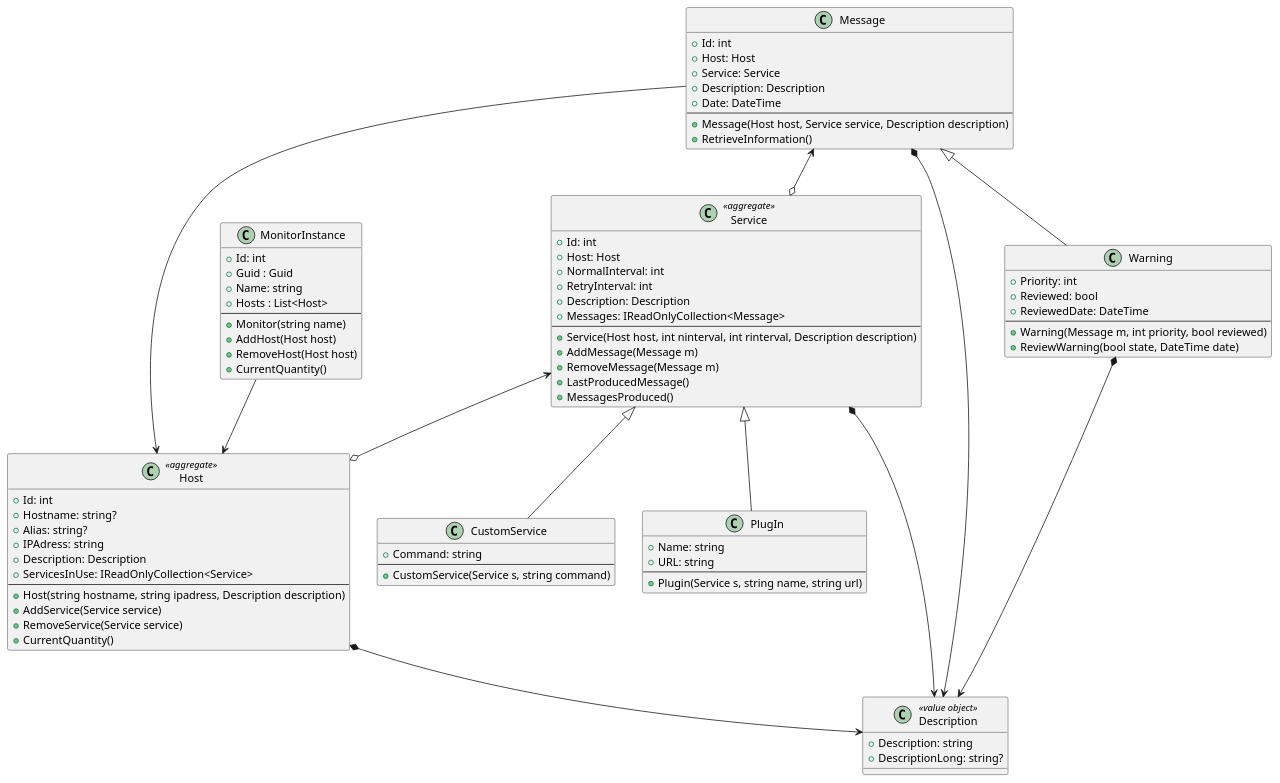
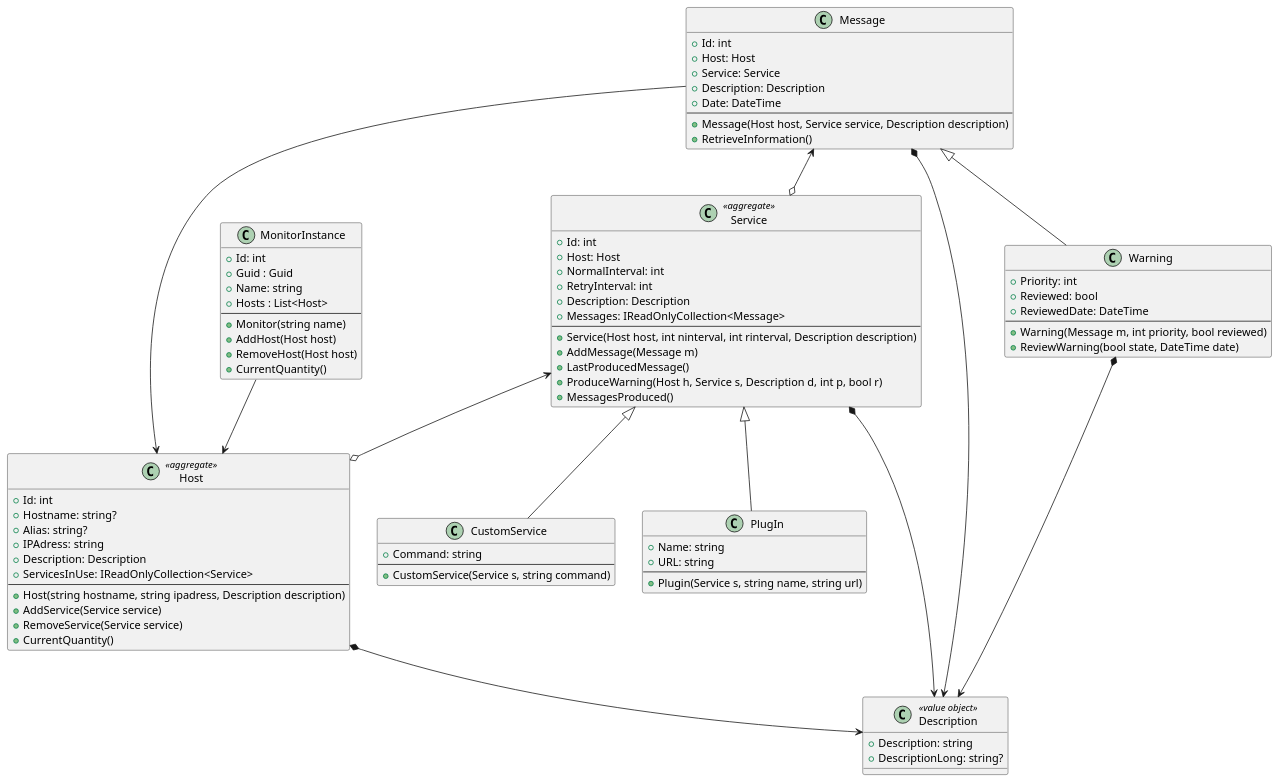
Before and after one commit to pa4ul/NetMonitor: the diagram in ClassDiagram/NetMonitor.puml, drawn with PlantUML. The commit also changed 22 other files, not shown here.

```diff
--- a/ClassDiagram/NetMonitor.puml
+++ b/ClassDiagram/NetMonitor.puml
@@ -1,97 +1,97 @@
 @startuml
 
 class MonitorInstance{
     + Id: int
     + Guid : Guid
     + Name: string
     + Hosts : List<Host>
     ---
     + Monitor(string name)
     + AddHost(Host host)
     + RemoveHost(Host host)
     + CurrentQuantity()
 }
 
 class Host <<aggregate>>{
     +Id: int
     +Hostname: string?
     +Alias: string?
     +IPAdress: string
     +Description: Description
     +ServicesInUse: IReadOnlyCollection<Service>
     ---
     +Host(string hostname, string ipadress, Description description)
     +AddService(Service service)
     +RemoveService(Service service)
     +CurrentQuantity()
 }
 class Service<<aggregate>>{
     +Id: int
     +Host: Host
     +NormalInterval: int
     +RetryInterval: int
     +Description: Description
     +Messages: IReadOnlyCollection<Message>
     ---
     +Service(Host host, int ninterval, int rinterval, Description description)
     +AddMessage(Message m)
-    +RemoveMessage(Message m)
     +LastProducedMessage()
+    +ProduceWarning(Host h, Service s, Description d, int p, bool r)
     +MessagesProduced()
 }
 class Message{
     +Id: int
     +Host: Host
     +Service: Service
     +Description: Description
     +Date: DateTime
     ---
     +Message(Host host, Service service, Description description)
     +RetrieveInformation()
 }
 class CustomService{
     +Command: string
     ---
     +CustomService(Service s, string command)
 }
 
 class PlugIn{
     +Name: string
     +URL: string
     ---
     +Plugin(Service s, string name, string url)
 }
 
 class Description <<value object>>{
     +Description: string
     +DescriptionLong: string?
 }
 
 class Warning{
     +Priority: int
     +Reviewed: bool
     +ReviewedDate: DateTime
     ---
     +Warning(Message m, int priority, bool reviewed)
     +ReviewWarning(bool state, DateTime date)
 }
 
 MonitorInstance --> Host
 
 Host *--> Description
 Service *--> Description
 Warning *--> Description
 Message *--> Description
 
 
 Message <--o Service
 Service <--o Host
 
 Message --> Host
 
 Warning -up-|> Message
 CustomService -up-|> Service
 PlugIn -up-|> Service
 
 
 @enduml
```
